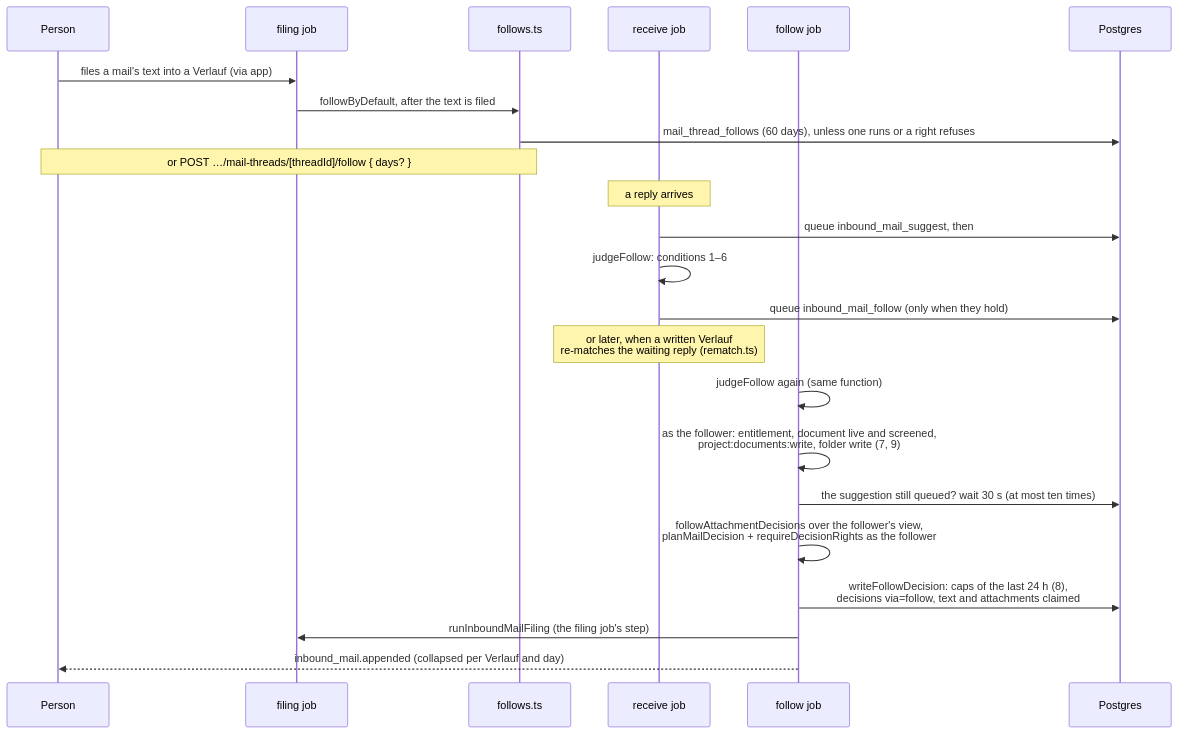
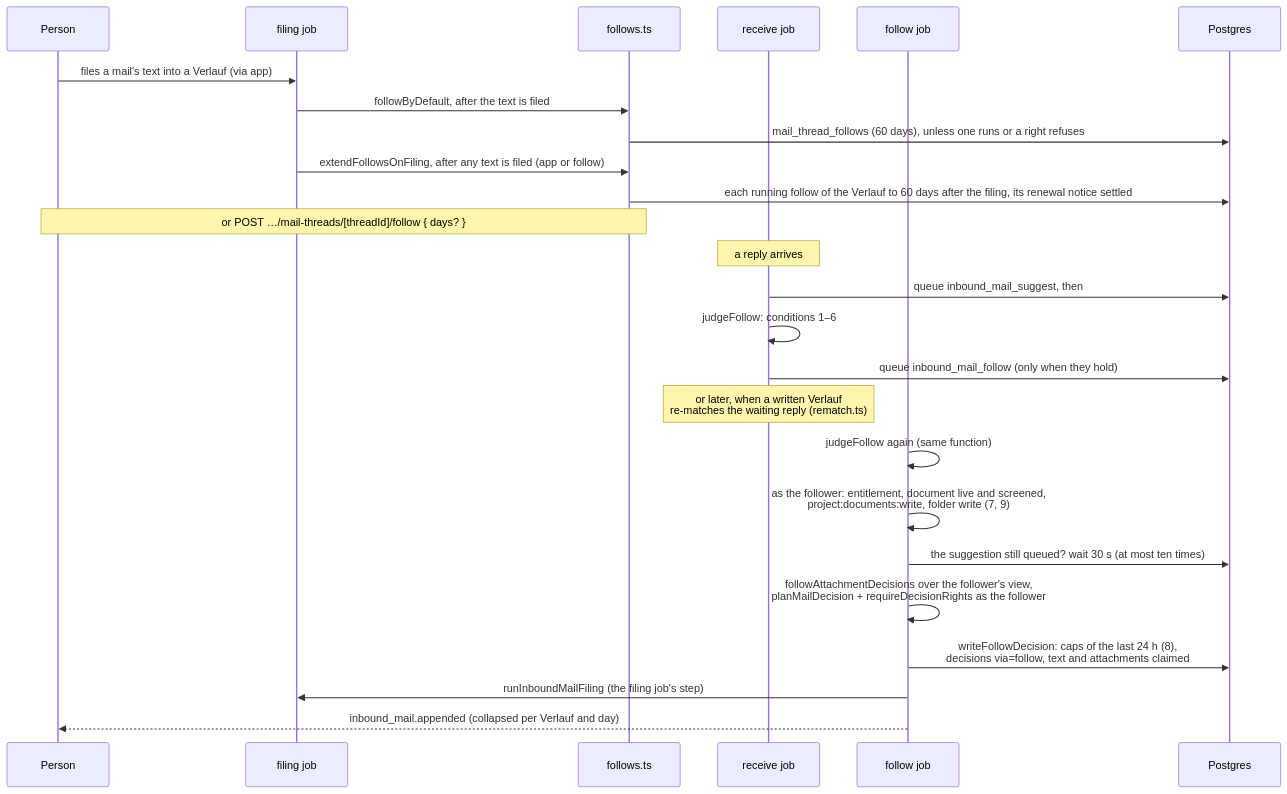
The second of 2 diagrams in docs/architecture/inbound-mail.md (archos-at/archos), drawn with Mermaid before and after one commit. The commit also changed other lines of this file and 30 other files, not shown here.

First line of the commit message:
feat(mail-thread): a follow runs while its conversation is active

````diff
--- a/docs/architecture/inbound-mail.md
+++ b/docs/architecture/inbound-mail.md
@@ -723,25 +723,27 @@
 ```mermaid
 sequenceDiagram
   participant P as Person
   participant FI as filing job
   participant F as follows.ts
   participant RJ as receive job
   participant FJ as follow job
   participant DB as Postgres
   P->>FI: files a mail's text into a Verlauf (via app)
   FI->>F: followByDefault, after the text is filed
   F->>DB: mail_thread_follows (60 days), unless one runs or a right refuses
+  FI->>F: extendFollowsOnFiling, after any text is filed (app or follow)
+  F->>DB: each running follow of the Verlauf to 60 days after the filing, its renewal notice settled
   Note over P,F: or POST …/mail-threads/[threadId]/follow { days? }
   Note over RJ: a reply arrives
   RJ->>DB: queue inbound_mail_suggest, then
   RJ->>RJ: judgeFollow: conditions 1–6
   RJ->>DB: queue inbound_mail_follow (only when they hold)
   Note over RJ: or later, when a written Verlauf<br/>re-matches the waiting reply (rematch.ts)
   FJ->>FJ: judgeFollow again (same function)
   FJ->>FJ: as the follower: entitlement, document live and screened,<br/>project:documents:write, folder write (7, 9)
   FJ->>DB: the suggestion still queued? wait 30 s (at most ten times)
   FJ->>FJ: followAttachmentDecisions over the follower's view,<br/>planMailDecision + requireDecisionRights as the follower
   FJ->>DB: writeFollowDecision: caps of the last 24 h (8),<br/>decisions via=follow, text and attachments claimed
   FJ->>FI: runInboundMailFiling (the filing job's step)
   FJ-->>P: inbound_mail.appended (collapsed per Verlauf and day)
 ```
````
